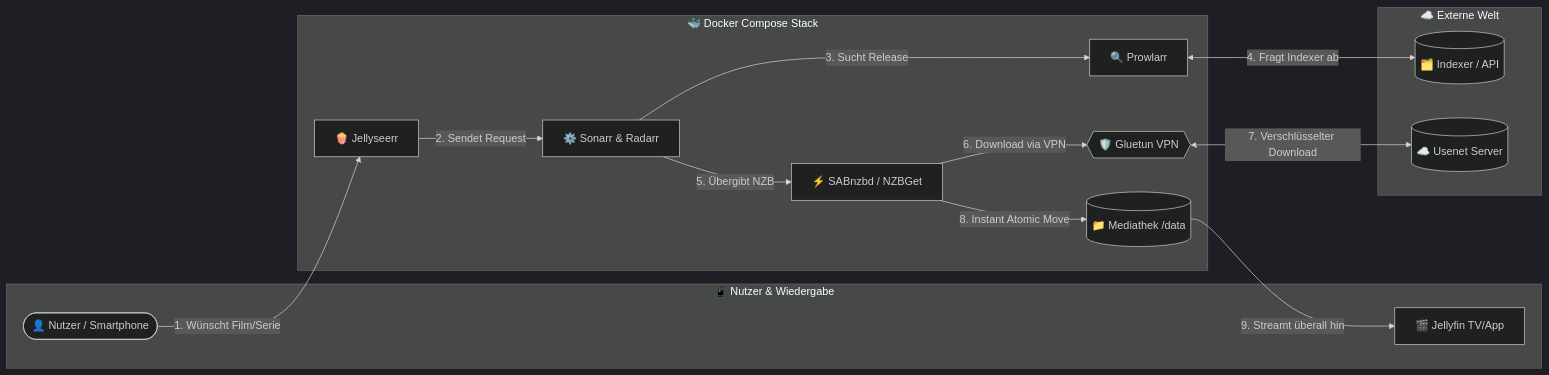
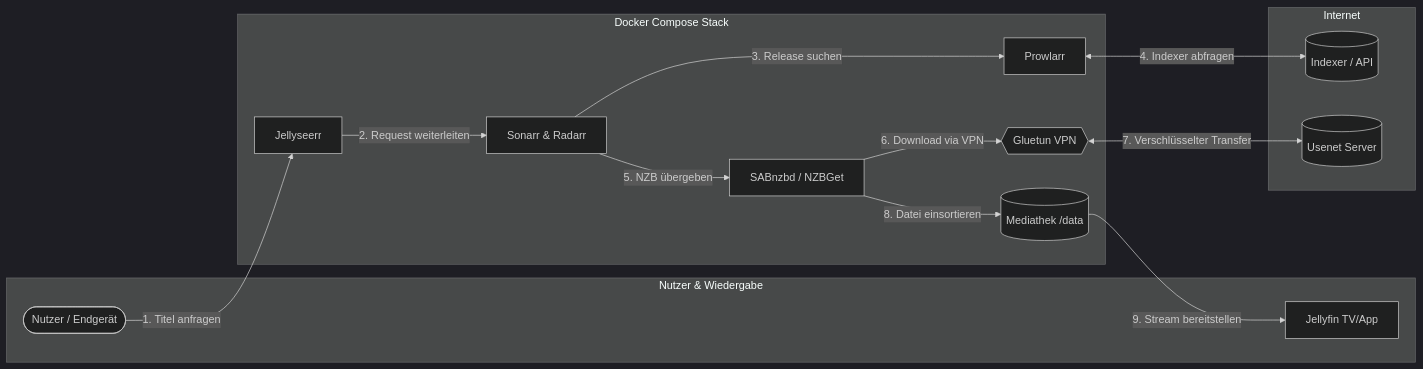
The diagram in README.md (KAiSER086/Usenet-Kompass), drawn with Mermaid (dark theme) before and after one commit. The commit also changed other lines of this file, not shown here.

````diff
--- a/README.md
+++ b/README.md
@@ -42,31 +42,31 @@
 ```mermaid
 flowchart LR
-    subgraph Clients ["📱 Nutzer & Wiedergabe"]
-        User([👤 Nutzer / Smartphone])
-        Jellyfin[🎬 Jellyfin TV/App]
+    subgraph Clients ["Nutzer & Wiedergabe"]
+        User([Nutzer / Endgerät])
+        Jellyfin[Jellyfin TV/App]
     end
 
-    subgraph Stack ["🐳 Docker Compose Stack"]
-        Jellyseerr[🍿 Jellyseerr]
-        Arrs[⚙️ Sonarr & Radarr]
-        Prowlarr[🔍 Prowlarr]
-        Downloader[⚡ SABnzbd / NZBGet]
-        Gluetun{{🛡️ Gluetun VPN}}
-        Media[(📁 Mediathek /data)]
+    subgraph Stack ["Docker Compose Stack"]
+        Jellyseerr[Jellyseerr]
+        Arrs[Sonarr & Radarr]
+        Prowlarr[Prowlarr]
+        Downloader[SABnzbd / NZBGet]
+        Gluetun{{Gluetun VPN}}
+        Media[(Mediathek /data)]
     end
 
-    subgraph Web ["☁️ Externe Welt"]
-        Indexer[(🗂️ Indexer / API)]
-        Provider[(☁️ Usenet Server)]
+    subgraph Web ["Internet"]
+        Indexer[(Indexer / API)]
+        Provider[(Usenet Server)]
     end
 
-    User -->|1. Wünscht Film/Serie| Jellyseerr
-    Jellyseerr -->|2. Sendet Request| Arrs
-    Arrs -->|3. Sucht Release| Prowlarr
-    Prowlarr <-->|4. Fragt Indexer ab| Indexer
-    Arrs -->|5. Übergibt NZB| Downloader
+    User -->|1. Titel anfragen| Jellyseerr
+    Jellyseerr -->|2. Request weiterleiten| Arrs
+    Arrs -->|3. Release suchen| Prowlarr
+    Prowlarr <-->|4. Indexer abfragen| Indexer
+    Arrs -->|5. NZB übergeben| Downloader
     Downloader -->|6. Download via VPN| Gluetun
-    Gluetun <-->|7. Verschlüsselter Download| Provider
-    Downloader -->|8. Instant Atomic Move| Media
-    Media -->|9. Streamt überall hin| Jellyfin
+    Gluetun <-->|7. Verschlüsselter Transfer| Provider
+    Downloader -->|8. Datei einsortieren| Media
+    Media -->|9. Stream bereitstellen| Jellyfin
 ```
````
